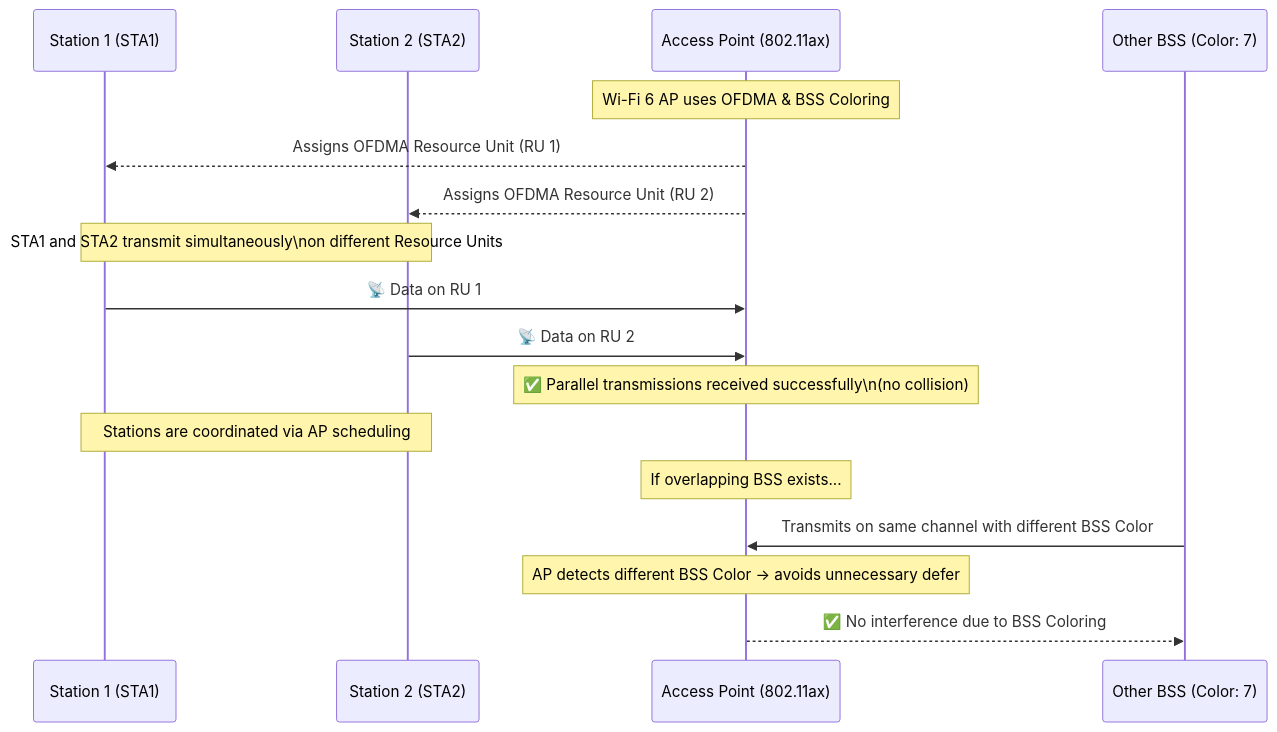
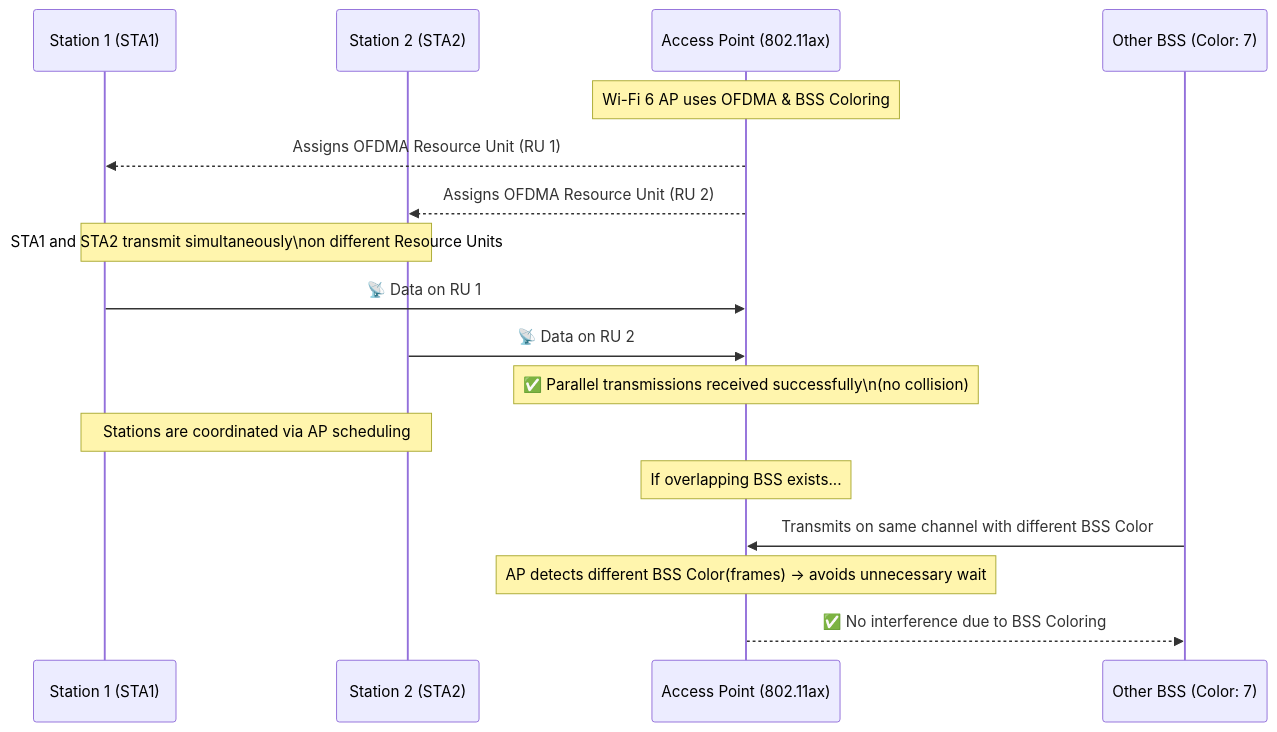
Before and after one commit to shivaprasad2394/c: the second of 10 diagrams in wireless_lan_ieee80211.md, drawn with Mermaid. The commit also changed other lines of this file, not shown here.

````diff
--- a/wireless_lan_ieee80211.md
+++ b/wireless_lan_ieee80211.md
@@ -230,30 +230,30 @@
 ```mermaid
 sequenceDiagram
     participant STA1 as Station 1 (STA1)
     participant STA2 as Station 2 (STA2)
     participant AP as Access Point (802.11ax)
 
     Note over AP: Wi-Fi 6 AP uses OFDMA & BSS Coloring
 
     AP-->>STA1: Assigns OFDMA Resource Unit (RU 1)
     AP-->>STA2: Assigns OFDMA Resource Unit (RU 2)
 
     Note over STA1,STA2: STA1 and STA2 transmit simultaneously\non different Resource Units
 
     STA1->>AP: 📡 Data on RU 1
     STA2->>AP: 📡 Data on RU 2
 
     Note over AP: ✅ Parallel transmissions received successfully\n(no collision)
 
     Note over STA1,STA2: Stations are coordinated via AP scheduling
 
     Note over AP: If overlapping BSS exists...
 
     participant OBSS as Other BSS (Color: 7)
 
     OBSS->>AP: Transmits on same channel with different BSS Color
 
-    Note over AP: AP detects different BSS Color → avoids unnecessary defer
+    Note over AP: AP detects different BSS Color(frames) → avoids unnecessary wait
 
     AP-->>OBSS: ✅ No interference due to BSS Coloring
 ```
````
